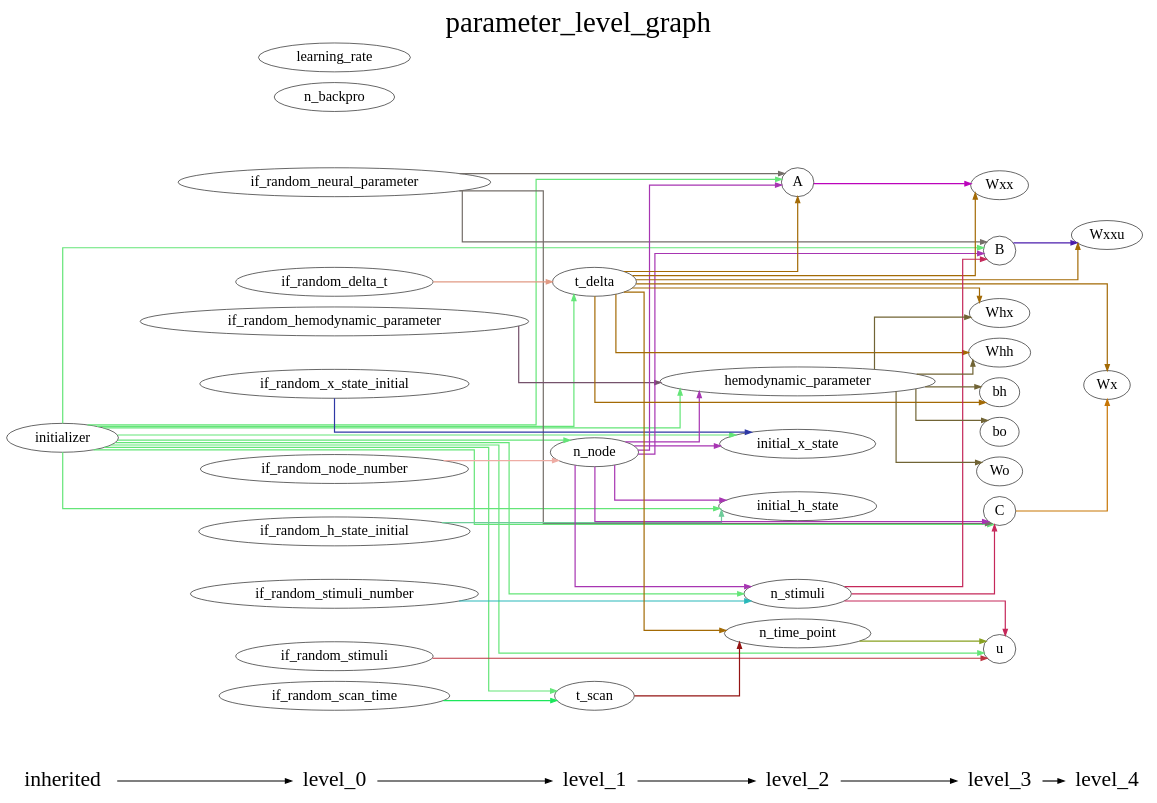
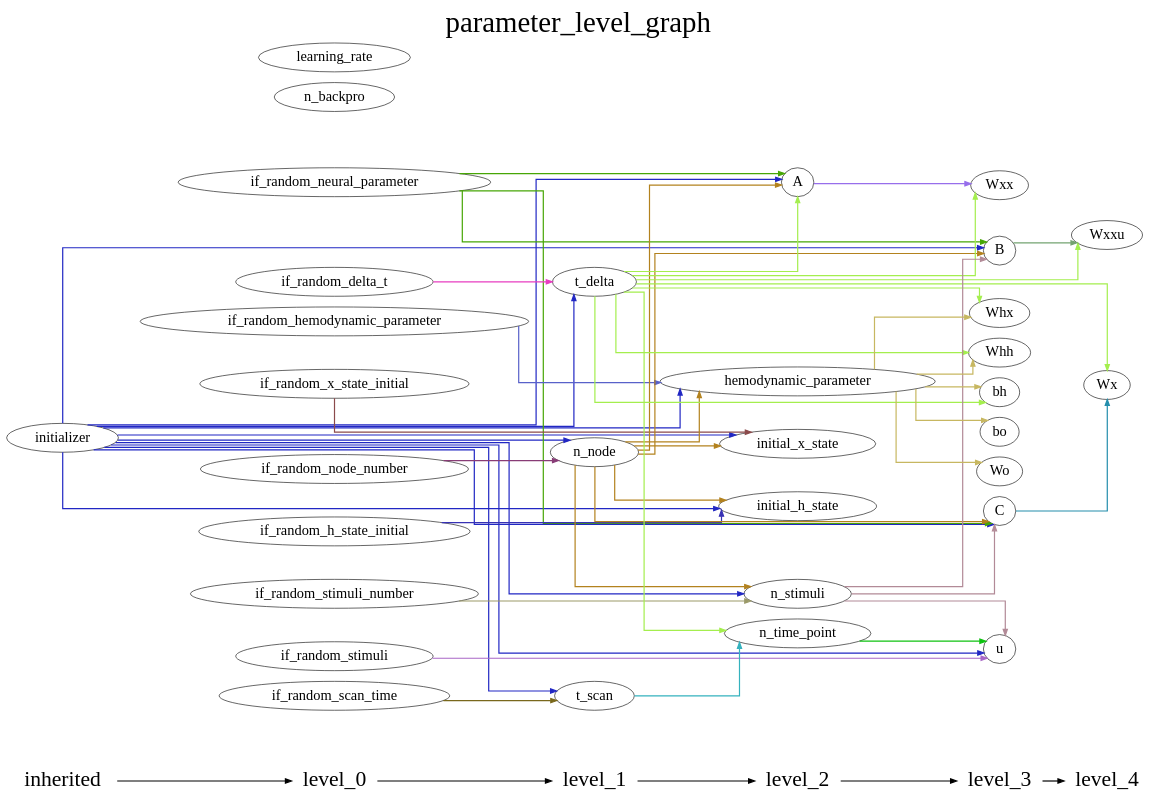
Before and after one commit to YuanWangOnward/DCM_RNN: the diagram in DCM_RNN/documents/parameter_level_graph.gv, drawn with Graphviz. The commit also changed 4 other files, not shown here.

```diff
--- a/DCM_RNN/documents/parameter_level_graph.gv
+++ b/DCM_RNN/documents/parameter_level_graph.gv
@@ -1,118 +1,118 @@
 digraph G {
           splines=ortho;
           fontsize = 48;
           rankdir = "LR";
           node[fontsize=24];
           edge[penwidth=2];
           {
           node [shape=plaintext fontsize=36];
           inherited -> 
           level_0 -> 
           level_1 -> 
           level_2 -> 
           level_3 -> 
           level_4
           }
           {rank = same;
           inherited;
           initializer;
           }
           {rank = same;
           level_0;
           if_random_neural_parameter;
           if_random_hemodynamic_parameter;
           if_random_x_state_initial;
           if_random_h_state_initial;
           if_random_stimuli;
           if_random_node_number;
           if_random_stimuli_number;
           if_random_delta_t;
           if_random_scan_time;
           n_backpro;
           learning_rate;
           }
           {rank = same;
           level_1;
           n_node;
           t_delta;
           t_scan;
           }
           {rank = same;
           level_2;
           n_time_point;
           n_stimuli;
           A;
           hemodynamic_parameter;
           initial_x_state;
           initial_h_state;
           }
           {rank = same;
           level_3;
           u;
           B;
           C;
           Wxx;
           Whx;
           Whh;
           bh;
           Wo;
           bo;
           }
           {rank = same;
           level_4;
           Wxxu;
           Wx;
           }
-          if_random_scan_time -> t_scan [color="#1CE75B"];
-          n_time_point -> u [color="#88A020"];
-          n_node -> n_stimuli [color="#A735B2"];
-          n_node -> C [color="#A735B2"];
-          n_node -> B [color="#A735B2"];
-          n_node -> hemodynamic_parameter [color="#A735B2"];
-          n_node -> initial_x_state [color="#A735B2"];
-          n_node -> A [color="#A735B2"];
-          n_node -> initial_h_state [color="#A735B2"];
-          n_stimuli -> u [color="#C5285A"];
-          n_stimuli -> C [color="#C5285A"];
-          n_stimuli -> B [color="#C5285A"];
-          t_scan -> n_time_point [color="#941413"];
-          if_random_x_state_initial -> initial_x_state [color="#2E38A5"];
-          if_random_hemodynamic_parameter -> hemodynamic_parameter [color="#75526B"];
-          initializer -> u [color="#64E578"];
-          initializer -> n_stimuli [color="#64E578"];
-          initializer -> C [color="#64E578"];
-          initializer -> B [color="#64E578"];
-          initializer -> hemodynamic_parameter [color="#64E578"];
-          initializer -> n_node [color="#64E578"];
-          initializer -> t_scan [color="#64E578"];
-          initializer -> initial_x_state [color="#64E578"];
-          initializer -> A [color="#64E578"];
-          initializer -> initial_h_state [color="#64E578"];
-          initializer -> t_delta [color="#64E578"];
-          if_random_neural_parameter -> C [color="#746E69"];
-          if_random_neural_parameter -> B [color="#746E69"];
-          if_random_neural_parameter -> A [color="#746E69"];
-          if_random_delta_t -> t_delta [color="#E19A84"];
-          C -> Wx [color="#C77605"];
-          t_delta -> n_time_point [color="#A36A05"];
-          t_delta -> Whh [color="#A36A05"];
-          t_delta -> Whx [color="#A36A05"];
-          t_delta -> Wxx [color="#A36A05"];
-          t_delta -> bh [color="#A36A05"];
-          t_delta -> Wxxu [color="#A36A05"];
-          t_delta -> Wx [color="#A36A05"];
-          t_delta -> A [color="#A36A05"];
-          if_random_node_number -> n_node [color="#EEACA4"];
-          B -> Wxxu [color="#4B1CAC"];
-          if_random_h_state_initial -> initial_h_state [color="#6ECC9A"];
-          A -> Wxx [color="#BB04BB"];
-          if_random_stimuli -> u [color="#BC3441"];
-          hemodynamic_parameter -> Wo [color="#716435"];
-          hemodynamic_parameter -> Whh [color="#716435"];
-          hemodynamic_parameter -> Whx [color="#716435"];
-          hemodynamic_parameter -> bh [color="#716435"];
-          hemodynamic_parameter -> bo [color="#716435"];
-          if_random_stimuli_number -> n_stimuli [color="#28B8B9"];
+          if_random_h_state_initial -> initial_h_state [color="#3731B4"];
+          t_delta -> Wx [color="#A4EE4E"];
+          t_delta -> Whh [color="#A4EE4E"];
+          t_delta -> bh [color="#A4EE4E"];
+          t_delta -> A [color="#A4EE4E"];
+          t_delta -> Wxx [color="#A4EE4E"];
+          t_delta -> Wxxu [color="#A4EE4E"];
+          t_delta -> n_time_point [color="#A4EE4E"];
+          t_delta -> Whx [color="#A4EE4E"];
+          A -> Wxx [color="#976EEB"];
+          t_scan -> n_time_point [color="#35B2BE"];
+          if_random_node_number -> n_node [color="#883C76"];
+          n_node -> initial_h_state [color="#B3821E"];
+          n_node -> A [color="#B3821E"];
+          n_node -> n_stimuli [color="#B3821E"];
+          n_node -> C [color="#B3821E"];
+          n_node -> B [color="#B3821E"];
+          n_node -> hemodynamic_parameter [color="#B3821E"];
+          n_node -> initial_x_state [color="#B3821E"];
+          hemodynamic_parameter -> Whh [color="#C7B761"];
+          hemodynamic_parameter -> bh [color="#C7B761"];
+          hemodynamic_parameter -> bo [color="#C7B761"];
+          hemodynamic_parameter -> Wo [color="#C7B761"];
+          hemodynamic_parameter -> Whx [color="#C7B761"];
+          B -> Wxxu [color="#73A370"];
+          if_random_x_state_initial -> initial_x_state [color="#8B4A4B"];
+          n_stimuli -> u [color="#B28A97"];
+          n_stimuli -> C [color="#B28A97"];
+          n_stimuli -> B [color="#B28A97"];
+          if_random_stimuli -> u [color="#A866C6"];
+          if_random_scan_time -> t_scan [color="#79681C"];
+          if_random_delta_t -> t_delta [color="#E73CC0"];
+          n_time_point -> u [color="#0EC210"];
+          initializer -> initial_h_state [color="#2127C3"];
+          initializer -> t_delta [color="#2127C3"];
+          initializer -> A [color="#2127C3"];
+          initializer -> u [color="#2127C3"];
+          initializer -> n_stimuli [color="#2127C3"];
+          initializer -> C [color="#2127C3"];
+          initializer -> B [color="#2127C3"];
+          initializer -> n_node [color="#2127C3"];
+          initializer -> hemodynamic_parameter [color="#2127C3"];
+          initializer -> t_scan [color="#2127C3"];
+          initializer -> initial_x_state [color="#2127C3"];
+          C -> Wx [color="#248EAC"];
+          if_random_stimuli_number -> n_stimuli [color="#9B9A69"];
+          if_random_neural_parameter -> A [color="#47A606"];
+          if_random_neural_parameter -> C [color="#47A606"];
+          if_random_neural_parameter -> B [color="#47A606"];
+          if_random_hemodynamic_parameter -> hemodynamic_parameter [color="#5861C9"];
           labelloc = "t";
           label = "parameter_level_graph";
 }
```
